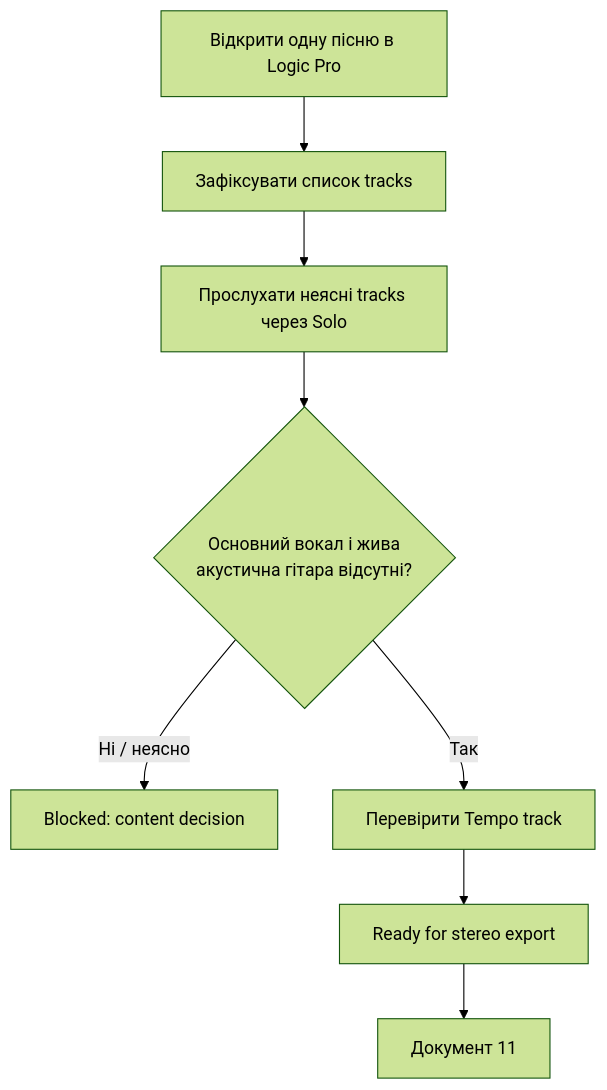
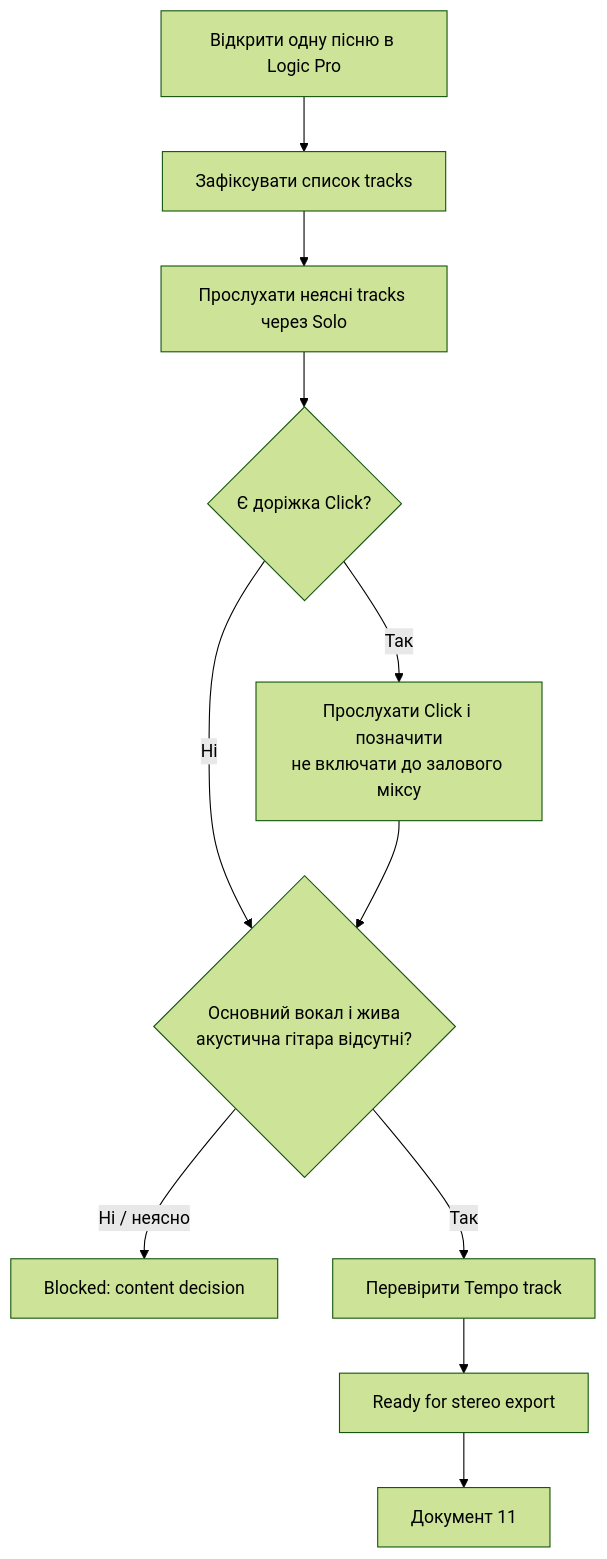
One commit to andmev/Concert changed the diagram in docs/10-logic-preflight.md. Above: the diagram before and after it, drawn with Mermaid (forest theme). The commit also changed other lines of this file and 2 other files, not shown here.

````diff
--- a/docs/10-logic-preflight.md
+++ b/docs/10-logic-preflight.md
@@ -37,10 +37,13 @@
 ```mermaid
 flowchart TD
     Open["Відкрити одну пісню в Logic Pro"] --> List["Зафіксувати список tracks"]
     List --> Solo["Прослухати неясні tracks через Solo"]
-    Solo --> Live{"Основний вокал і жива<br/>акустична гітара відсутні?"}
+    Solo --> Click{"Є доріжка Click?"}
+    Click -->|"Так"| ClickCheck["Прослухати Click і позначити<br/>не включати до залового міксу"]
+    Click -->|"Ні"| Live
+    ClickCheck --> Live{"Основний вокал і жива<br/>акустична гітара відсутні?"}
     Live -->|"Ні / неясно"| Blocked["Blocked: content decision"]
     Live -->|"Так"| Tempo["Перевірити Tempo track"]
     Tempo --> Ready["Ready for stereo export"]
     Ready --> Export["Документ 11"]
 ```
````
